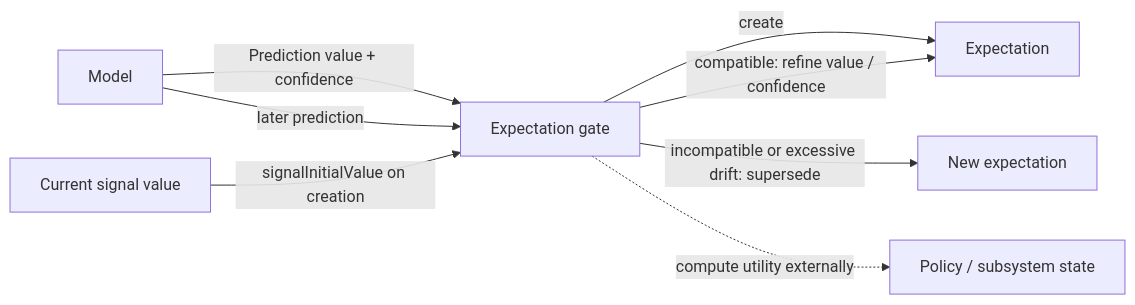
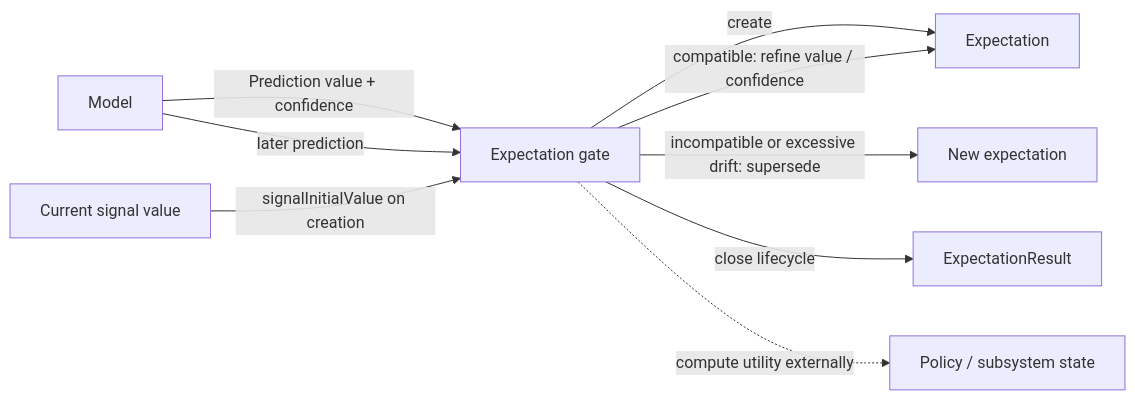
One commit to skasti/skyn-vaettr changed the second of 3 diagrams in docs/expectations.md. Above: the diagram before and after it, drawn with Mermaid. The commit also changed other lines of this file, not shown here.

Commit message:
Document expectation lifecycle results

````diff
--- a/docs/expectations.md
+++ b/docs/expectations.md
@@ -54,10 +70,11 @@
 ```mermaid
 flowchart LR
     M[Model] -->|Prediction value + confidence| G[Expectation gate]
     S[Current signal value] -->|signalInitialValue on creation| G
     G -->|create| E[Expectation]
     M -->|later prediction| G
     G -->|compatible: refine value / confidence| E
     G -->|incompatible or excessive drift: supersede| N[New expectation]
+    G -->|close lifecycle| R[ExpectationResult]
     G -.->|compute utility externally| U[Policy / subsystem state]
 ```
````
